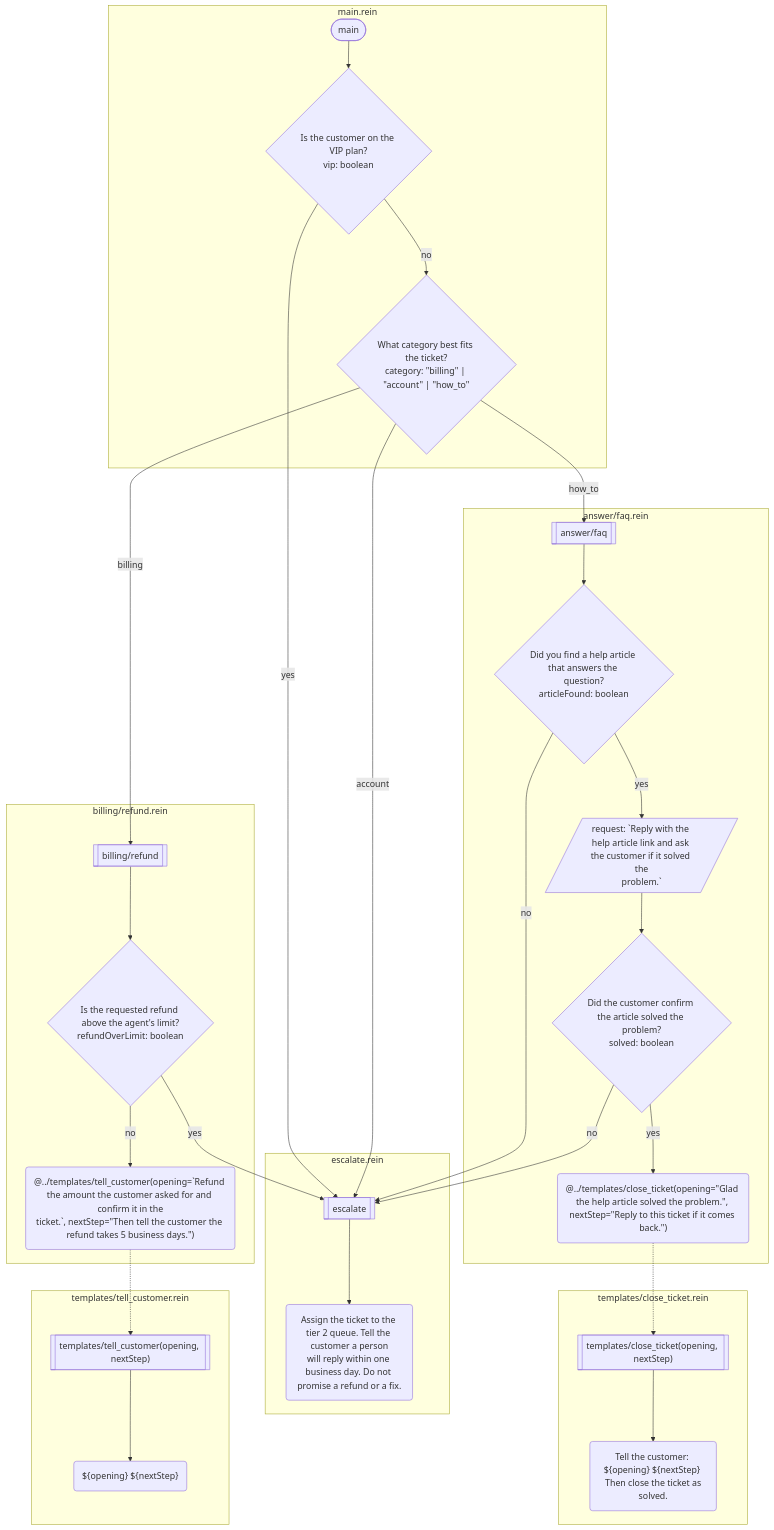
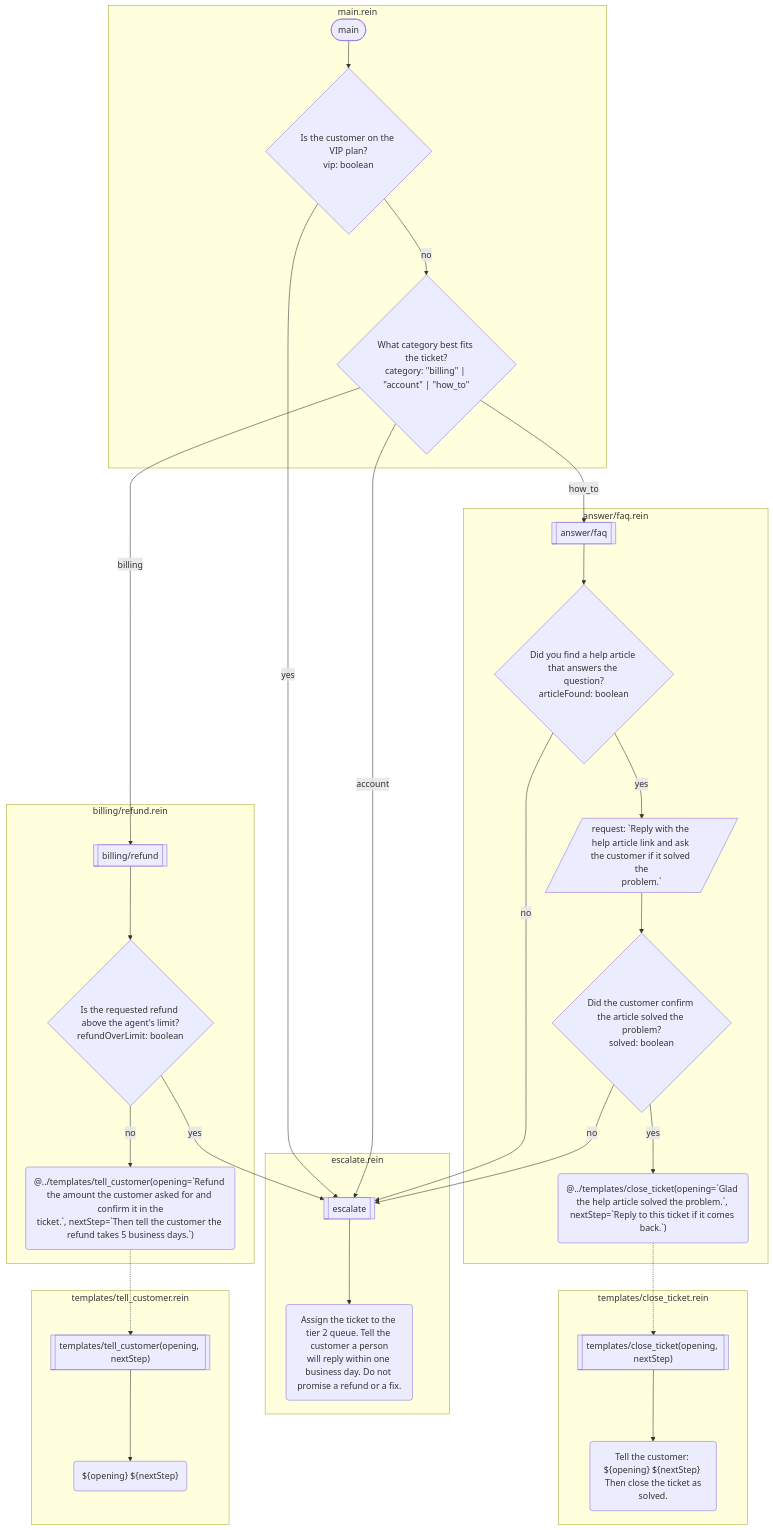
Before and after one commit to rein-lang/rein-lang.com: the diagram in docs/examples/support-ticket.md, drawn with Mermaid. The commit also changed 3 other files, not shown here.

````diff
--- a/docs/examples/support-ticket.md
+++ b/docs/examples/support-ticket.md
@@ -11,52 +11,52 @@
 ```mermaid
 flowchart TD
     subgraph s0 ["answer/faq.rein"]
         f0[["answer/faq"]]
         f0_0{"Did you find a help article that answers the question?<br/>articleFound: boolean"}
         f0_1[/"request: #96;Reply with the help article link and ask the customer if it solved the<br/>problem.#96;"/]
         f0_2{"Did the customer confirm the article solved the problem?<br/>solved: boolean"}
-        f0_3("@../templates/close_ticket(opening=#quot;Glad the help article solved the problem.#quot;, nextStep=#quot;Reply to this ticket if it comes back.#quot;)")
+        f0_3("@../templates/close_ticket(opening=#96;Glad the help article solved the problem.#96;, nextStep=#96;Reply to this ticket if it comes back.#96;)")
     end
     subgraph s1 ["billing/refund.rein"]
         f1[["billing/refund"]]
         f1_0{"Is the requested refund above the agent's limit?<br/>refundOverLimit: boolean"}
-        f1_1("@../templates/tell_customer(opening=#96;Refund the amount the customer asked for and confirm it in the<br/>ticket.#96;, nextStep=#quot;Then tell the customer the refund takes 5 business days.#quot;)")
+        f1_1("@../templates/tell_customer(opening=#96;Refund the amount the customer asked for and confirm it in the<br/>ticket.#96;, nextStep=#96;Then tell the customer the refund takes 5 business days.#96;)")
     end
     subgraph s2 ["escalate.rein"]
         f2[["escalate"]]
         f2_0("Assign the ticket to the tier 2 queue. Tell the customer a person<br/>will reply within one business day. Do not promise a refund or a fix.")
     end
     subgraph s3 ["main.rein"]
         f3(["main"])
         f3_0{"Is the customer on the VIP plan?<br/>vip: boolean"}
         f3_1{"What category best fits the ticket?<br/>category: #quot;billing#quot; | #quot;account#quot; | #quot;how_to#quot;"}
     end
     subgraph s4 ["templates/close_ticket.rein"]
         f4[["templates/close_ticket(opening, nextStep)"]]
         f4_0("Tell the customer: ${opening} ${nextStep} Then close the ticket as<br/>solved.")
     end
     subgraph s5 ["templates/tell_customer.rein"]
         f5[["templates/tell_customer(opening, nextStep)"]]
         f5_0("${opening} ${nextStep}")
     end
     f0 --> f0_0
     f0_0 -->|"no"| f2
     f0_0 -->|"yes"| f0_1
     f0_1 --> f0_2
     f0_2 -->|"yes"| f0_3
     f0_3 -.-> f4
     f0_2 -->|"no"| f2
     f1 --> f1_0
     f1_0 -->|"yes"| f2
     f1_0 -->|"no"| f1_1
     f1_1 -.-> f5
     f2 --> f2_0
     f3 --> f3_0
     f3_0 -->|"yes"| f2
     f3_0 -->|"no"| f3_1
     f3_1 -->|"billing"| f1
     f3_1 -->|"account"| f2
     f3_1 -->|"how_to"| f0
     f4 --> f4_0
     f5 --> f5_0
 ```
````
